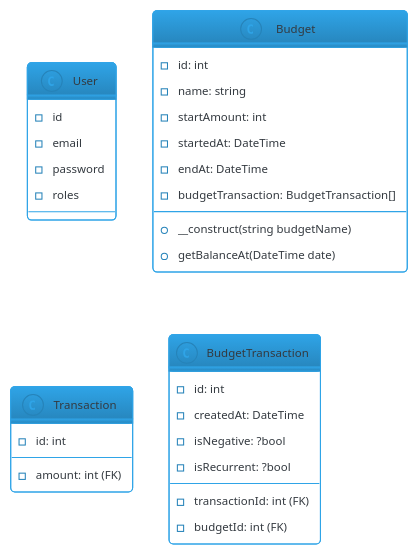
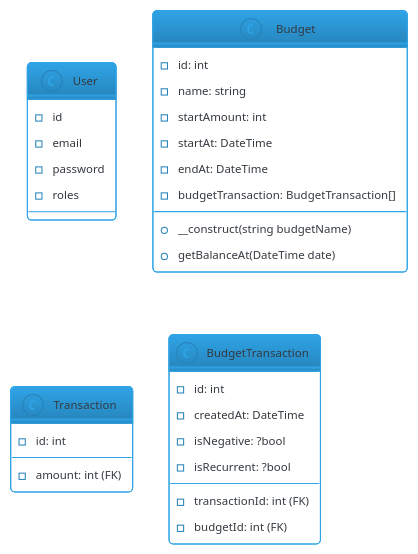
The diagram in docs/classes/general-classes-diagram.puml (hello-devs/budget-manager-api), drawn with PlantUML before and after one commit.

Commit message:
docs: Update class

```diff
--- a/docs/classes/general-classes-diagram.puml
+++ b/docs/classes/general-classes-diagram.puml
@@ -1,44 +1,44 @@
 @startuml
 'https://plantuml.com/class-diagram
 !theme cerulean-outline
 skinparam backgroundColor white
 '----------------------------------------------
 
 class User{
         -id
         -email
         -password
         -roles
 }
 
 class Budget {
 
     - id: int
     - name: string
     - startAmount: int
-    - startedAt: DateTime
+    - startAt: DateTime
     - endAt: DateTime
     - budgetTransaction: BudgetTransaction[]
 
     + __construct(string budgetName)
     + getBalanceAt(DateTime date)
 
 }
 
 class Transaction {
 
     - id: int
     - amount: int (FK)
 }
 
 class BudgetTransaction {
 
     - id: int
     - createdAt: DateTime
     - isNegative: ?bool
     - isRecurrent: ?bool
     - transactionId: int (FK)
     - budgetId: int (FK)
 }
 
 @enduml
```
